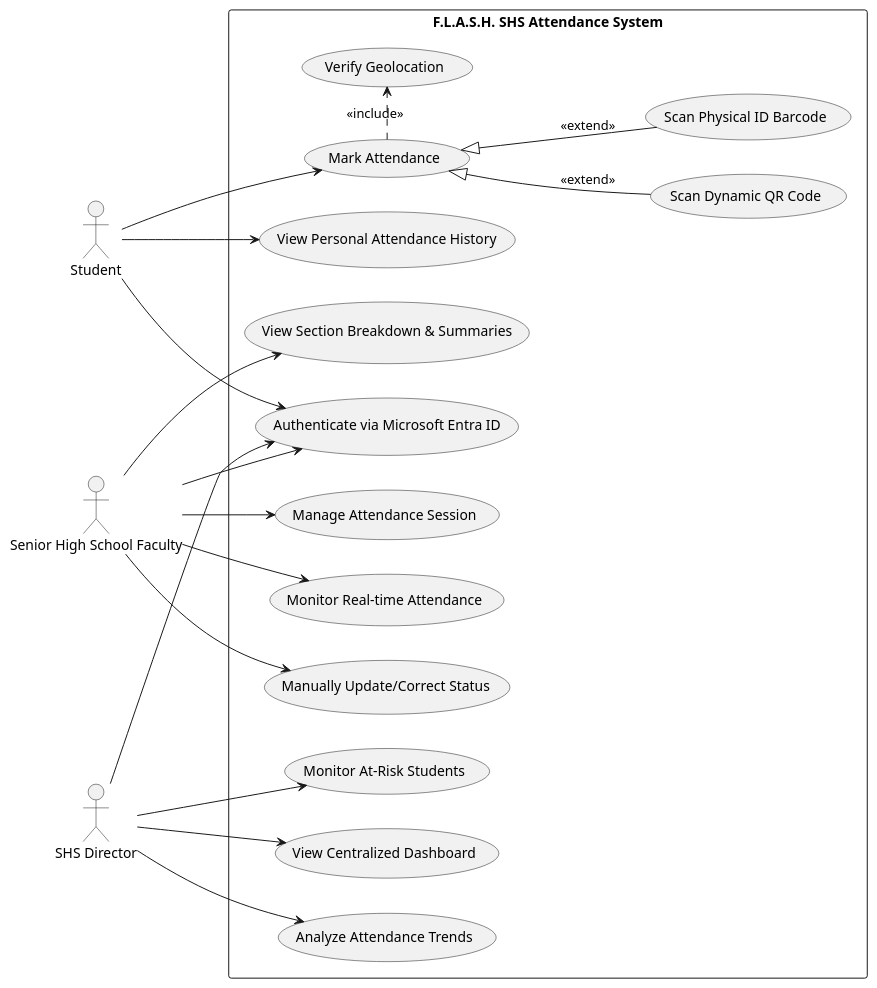
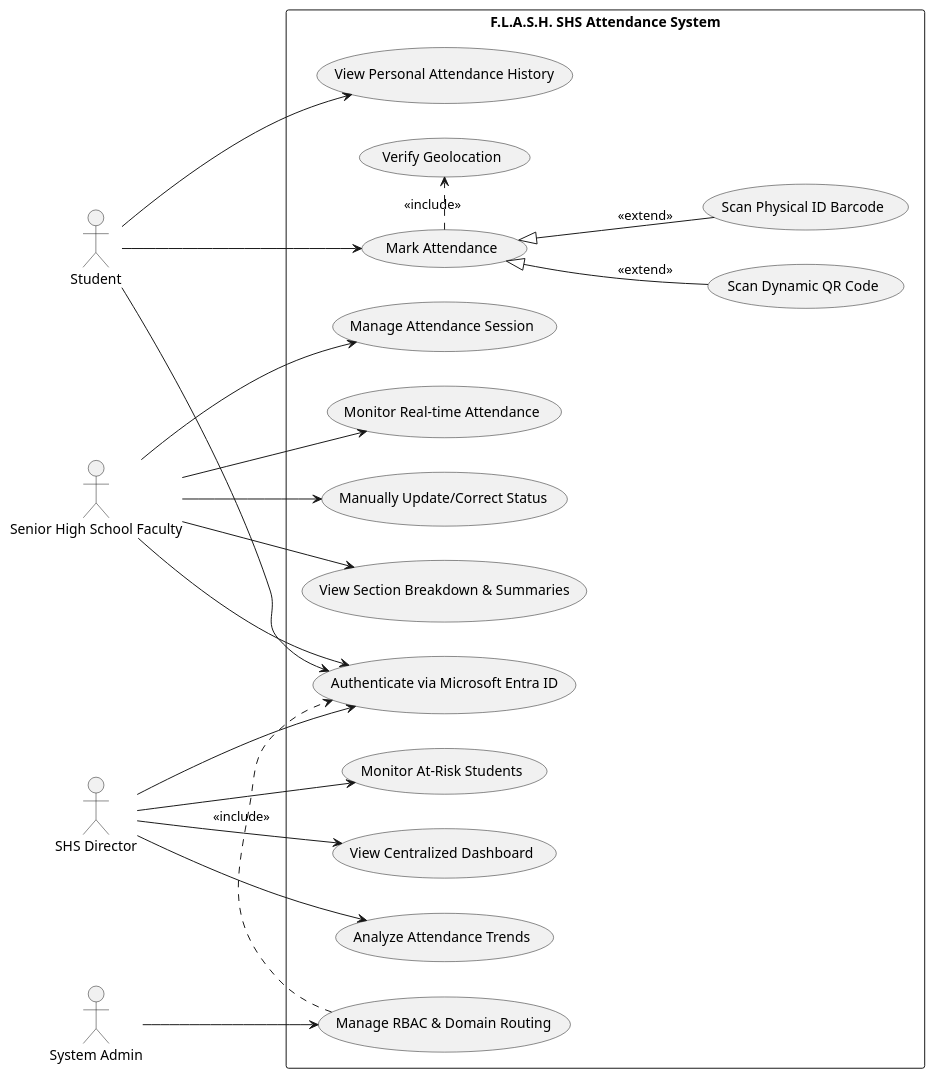
Before and after one commit to APC-SoCIT/APC-2026-2027-T1-IT241-Grp2-F.L.A.S.H-Fast-Logging-Automated-Secure-Hybrid-attendance: the diagram in docs/MSYADD1/Use case diagram for F.L.A.S.H.puml, drawn with PlantUML. The commit also changed other lines of this file, not shown here.

Commit message:
added System Admin actor and RBAC connections

```diff
--- a/docs/MSYADD1/Use case diagram for F.L.A.S.H.puml
+++ b/docs/MSYADD1/Use case diagram for F.L.A.S.H.puml
@@ -1,57 +1,65 @@
 @startuml
 left to right direction
 skinparam packageStyle rectangle
-
+ 
 ' Primary Actors
 actor "Student" as student
 actor "Senior High School Faculty" as faculty
 actor "SHS Director" as director
-
+actor "System Admin" as admin
+ 
 package "F.L.A.S.H. SHS Attendance System" {
-
+ 
     ' Authentication
     usecase "Authenticate via Microsoft Entra ID" as UC_Auth
-
+ 
     ' Student Core Use Cases
     usecase "Mark Attendance" as UC_Mark
     usecase "Scan Dynamic QR Code" as UC_ScanQR
     usecase "Scan Physical ID Barcode" as UC_ScanID
     usecase "Verify Geolocation" as UC_Geo
     usecase "View Personal Attendance History" as UC_ViewStudentRecords
-
+ 
     ' Professor Core Use Cases
     usecase "Manage Attendance Session" as UC_ManageSession
     usecase "Monitor Real-time Attendance" as UC_Monitor
     usecase "Manually Update/Correct Status" as UC_ManageRecords
     usecase "View Section Breakdown & Summaries" as UC_FacultySummary
-
+ 
     ' Director Core Use Cases
     usecase "View Centralized Dashboard" as UC_DirectorDash
     usecase "Analyze Attendance Trends" as UC_Analyze
     usecase "Monitor At-Risk Students" as UC_AtRisk
+ 
+    ' System Admin Core Use Cases
+    usecase "Manage RBAC & Domain Routing" as UC_RBAC
 }
-
+ 
 ' Authentication Links
 student --> UC_Auth
 faculty --> UC_Auth
 director --> UC_Auth
-
+ 
 ' Student Connections
 student --> UC_Mark
 student --> UC_ViewStudentRecords
 UC_Mark <|-- UC_ScanQR : <<extend>>
 UC_Mark <|-- UC_ScanID : <<extend>>
 UC_Mark .> UC_Geo : <<include>>
-
+ 
 ' Professor Connections
 faculty --> UC_ManageSession
 faculty --> UC_Monitor
 faculty --> UC_ManageRecords
 faculty --> UC_FacultySummary
-
+ 
 ' Director Connections
 director --> UC_DirectorDash
 director --> UC_Analyze
 director --> UC_AtRisk
-
-@endl
+ 
+' System Admin Connections
+admin --> UC_RBAC
+UC_RBAC .> UC_Auth : <<include>>
+ 
+@enduml
```
